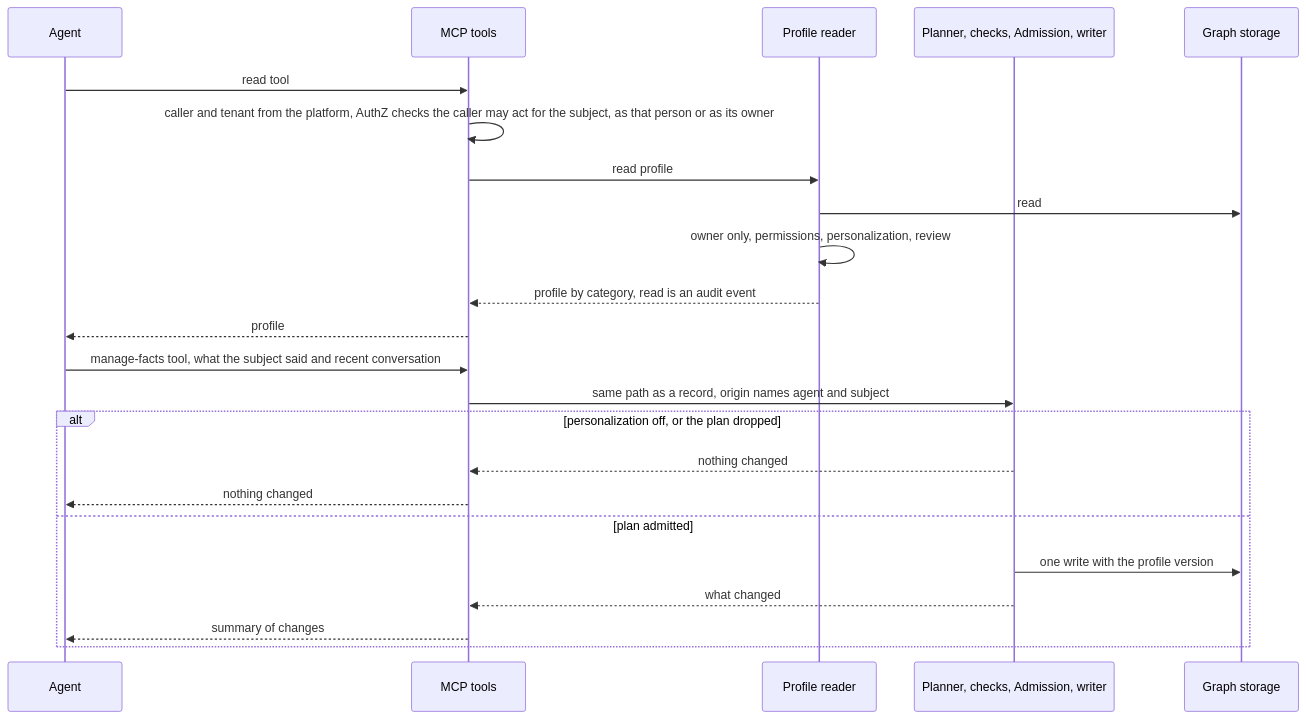
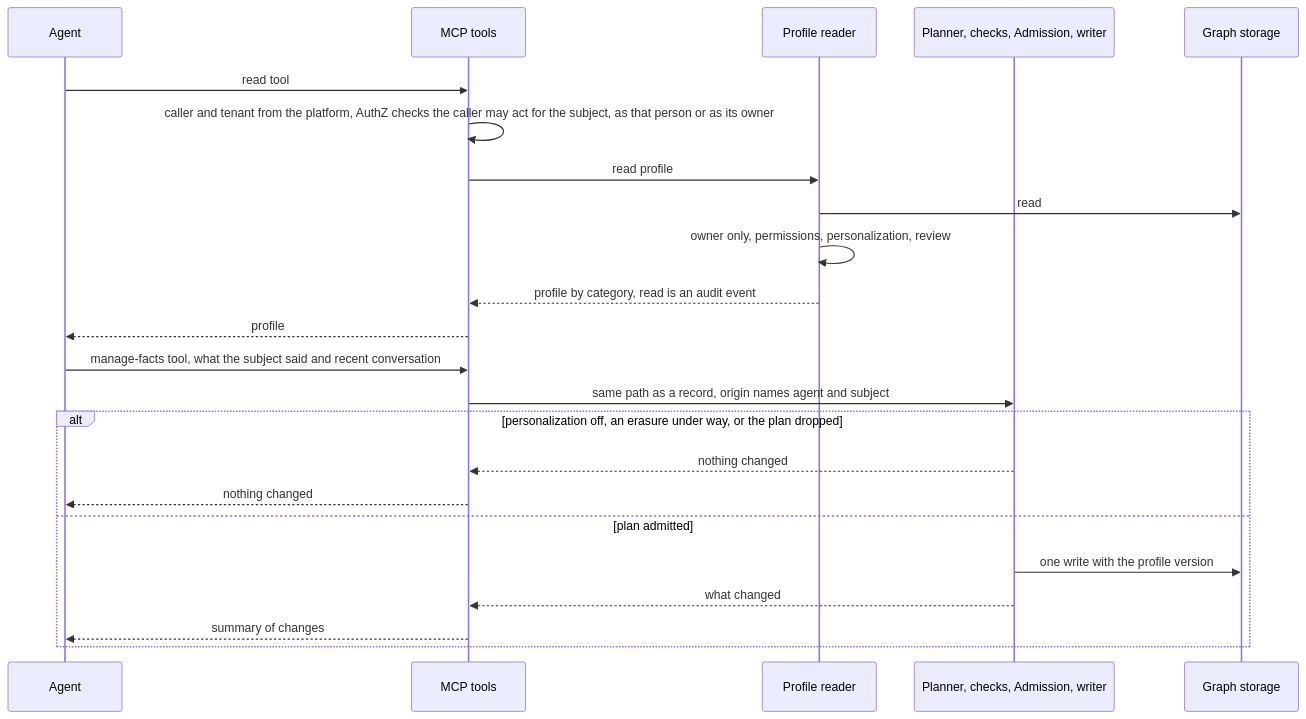
The sixth of 9 diagrams in gears/construct/docs/DESIGN.md (AndIConstructor/gears-rust), drawn with Mermaid before and after one commit. The commit also changed other lines of this file, not shown here.

First line of the commit message:
docs(construct): finish an erasure that fails halfway and key every rewrite

````diff
--- a/gears/construct/docs/DESIGN.md
+++ b/gears/construct/docs/DESIGN.md
@@ -840,25 +840,25 @@
 ```mermaid
 sequenceDiagram
     participant AG as Agent
     participant MT as MCP tools
     participant PR as Profile reader
     participant PL as Planner, checks, Admission, writer
     participant GS as Graph storage
     AG->>MT: read tool
     MT->>MT: caller and tenant from the platform, AuthZ checks the caller may act for the subject, as that person or as its owner
     MT->>PR: read profile
     PR->>GS: read
     PR->>PR: owner only, permissions, personalization, review
     PR-->>MT: profile by category, read is an audit event
     MT-->>AG: profile
     AG->>MT: manage-facts tool, what the subject said and recent conversation
     MT->>PL: same path as a record, origin names agent and subject
-    alt personalization off, or the plan dropped
+    alt personalization off, an erasure under way, or the plan dropped
         PL-->>MT: nothing changed
         MT-->>AG: nothing changed
     else plan admitted
         PL->>GS: one write with the profile version
         PL-->>MT: what changed
         MT-->>AG: summary of changes
     end
 ```
````
